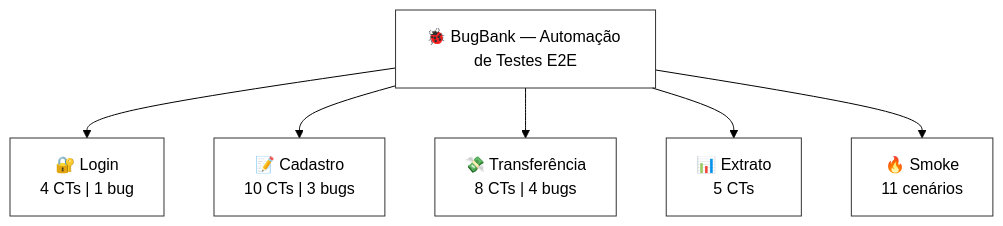
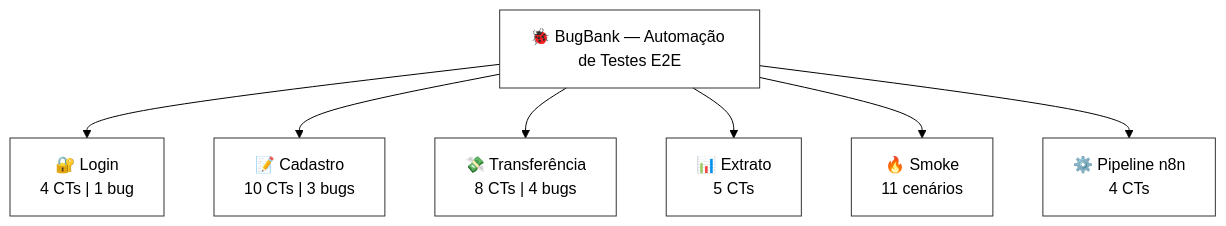
Before and after one commit to schlossertefa/bugbank-cypress-e2e: the diagram in README.md, drawn with Mermaid (forest theme). The commit also changed other lines of this file and 11 other files, not shown here.

````diff
--- a/README.md
+++ b/README.md
@@ -72,11 +76,12 @@
 ```mermaid
 flowchart TD
 classDef default fill:transparent,stroke:#333;
     A["🐞 BugBank — Automação de Testes E2E"]
 
     A --> B["🔐 Login\n4 CTs | 1 bug"]
     A --> C["📝 Cadastro\n10 CTs | 3 bugs"]
     A --> D["💸 Transferência\n8 CTs | 4 bugs"]
     A --> E["📊 Extrato\n5 CTs"]
     A --> F["🔥 Smoke\n11 cenários"]
+    A --> G["⚙️ Pipeline n8n\n4 CTs"]
 ```
````
